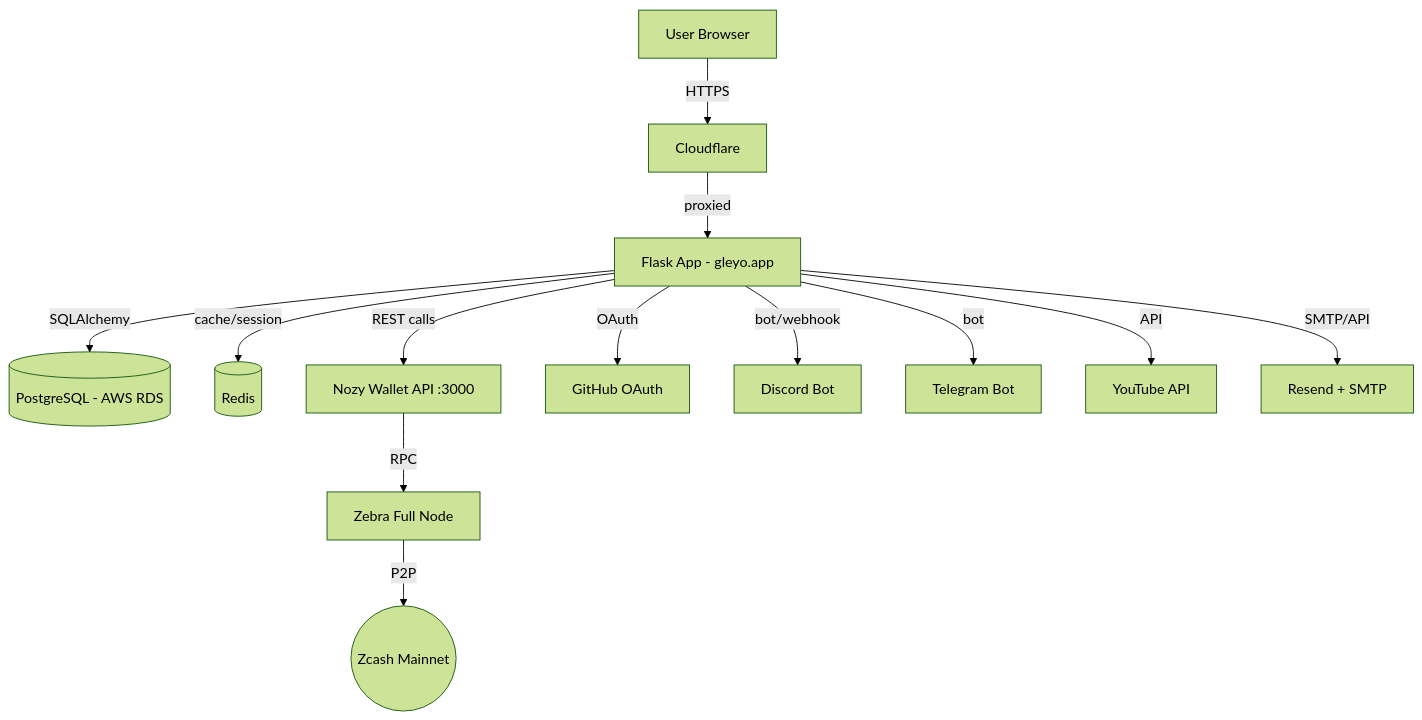
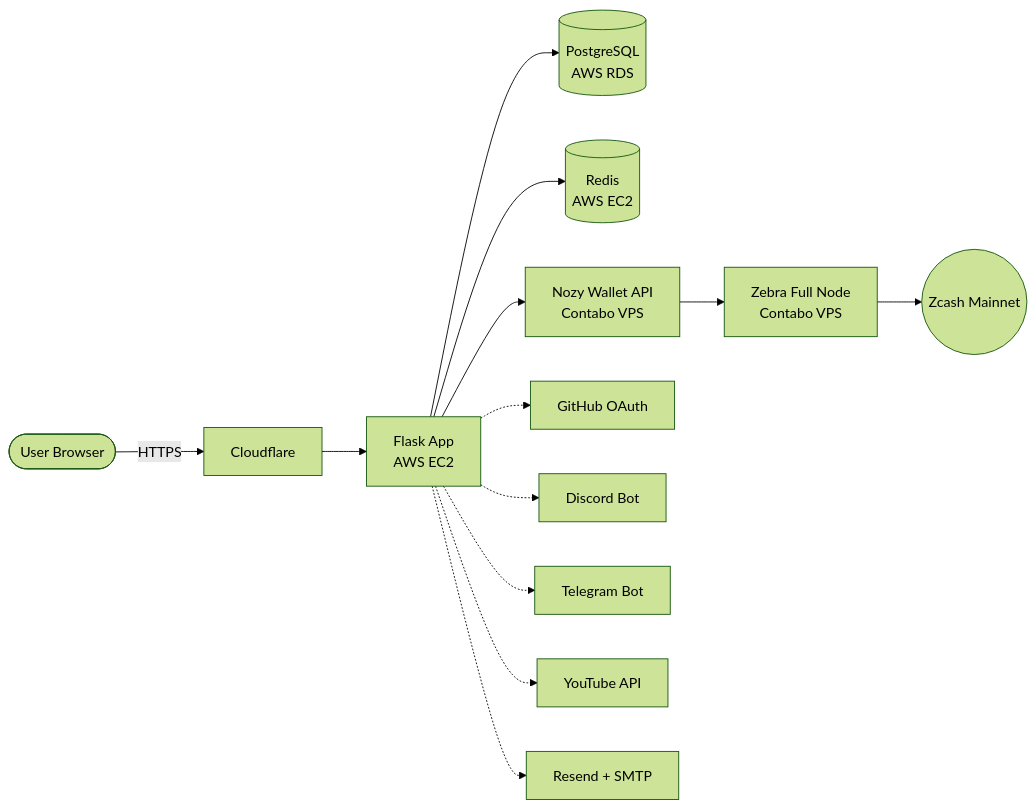
One commit to gilmorre/gleyo-Zechub- changed the diagram in README.md. Above: the diagram before and after it, drawn with Mermaid (forest theme). The commit also changed other lines of this file, not shown here.

Commit message:
Update Readme Diagram

````diff
--- a/README.md
+++ b/README.md
@@ -73,15 +73,17 @@
 ```mermaid
-flowchart TD
-    User[User Browser] -->|HTTPS| CF[Cloudflare]
-    CF -->|proxied| Flask[Flask App - gleyo.app]
-    Flask -->|SQLAlchemy| PG[(PostgreSQL - AWS RDS)]
-    Flask -->|cache/session| Redis[(Redis)]
-    Flask -->|REST calls| Nozy[Nozy Wallet API :3000]
-    Nozy -->|RPC| Zebra[Zebra Full Node]
-    Zebra -->|P2P| Mainnet((Zcash Mainnet))
-    Flask -->|OAuth| GitHub[GitHub OAuth]
-    Flask -->|bot/webhook| Discord[Discord Bot]
-    Flask -->|bot| Telegram[Telegram Bot]
-    Flask -->|API| YouTube[YouTube API]
-    Flask -->|SMTP/API| Email[Resend + SMTP]
+flowchart LR
+    User([User Browser]) -->|HTTPS| CF[Cloudflare]
+    CF --> Flask[Flask App<br/>AWS EC2]
+
+    Flask --> PG[(PostgreSQL<br/>AWS RDS)]
+    Flask --> Redis[(Redis<br/>AWS EC2)]
+    Flask --> Nozy[Nozy Wallet API<br/>Contabo VPS]
+    Nozy --> Zebra[Zebra Full Node<br/>Contabo VPS]
+    Zebra --> Mainnet((Zcash Mainnet))
+
+    Flask -.-> GitHub[GitHub OAuth]
+    Flask -.-> Discord[Discord Bot]
+    Flask -.-> Telegram[Telegram Bot]
+    Flask -.-> YouTube[YouTube API]
+    Flask -.-> Email[Resend + SMTP]
 ```
````
